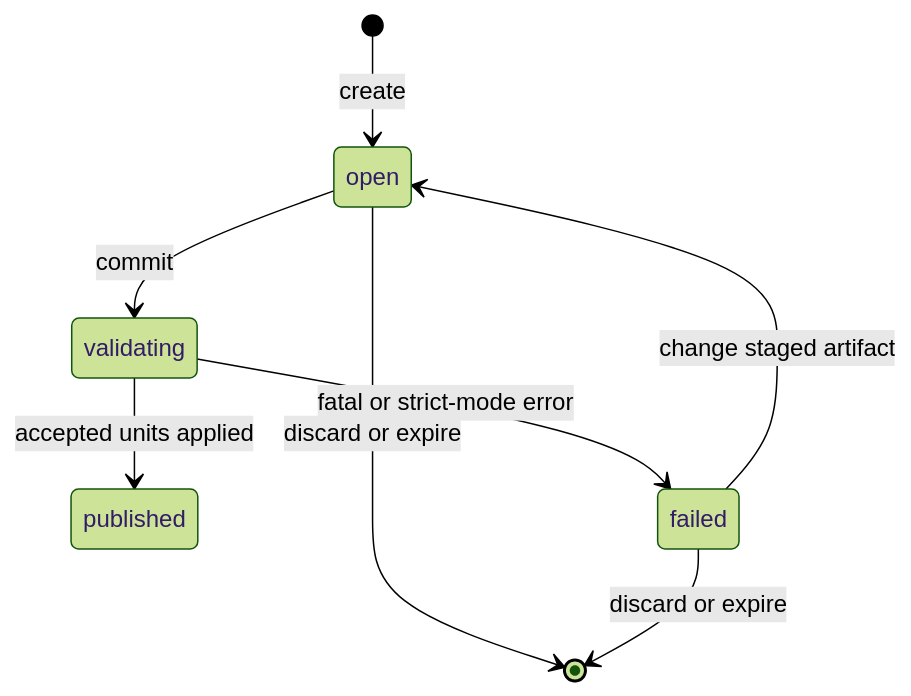
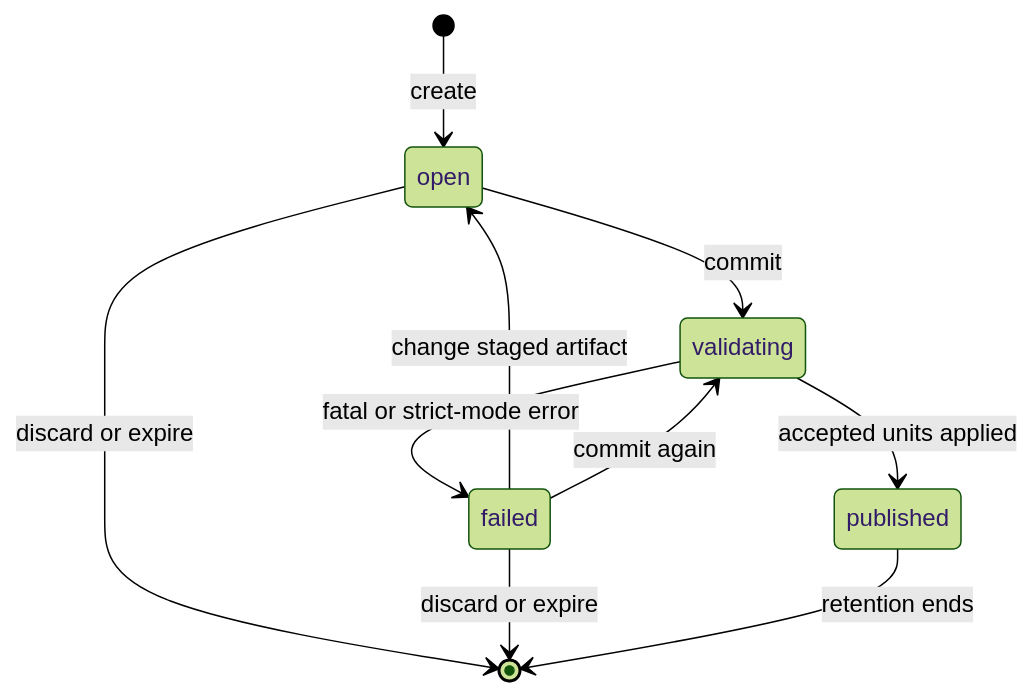
Before and after one commit to open-resource-discovery/specification: the diagram in docs/spec-v1/index.md, drawn with Mermaid (forest theme). The commit also changed other lines of this file and 4 other files, not shown here.

First line of the commit message:
Define published submission retention and failed re-commit

````diff
--- a/docs/spec-v1/index.md
+++ b/docs/spec-v1/index.md
@@ -269,10 +278,12 @@
 ```mermaid
 stateDiagram-v2
     [*] --> open: create
     open --> validating: commit
     validating --> published: accepted units applied
     validating --> failed: fatal or strict-mode error
     failed --> open: change staged artifact
+    failed --> validating: commit again
     open --> [*]: discard or expire
     failed --> [*]: discard or expire
+    published --> [*]: retention ends
 ```
````
